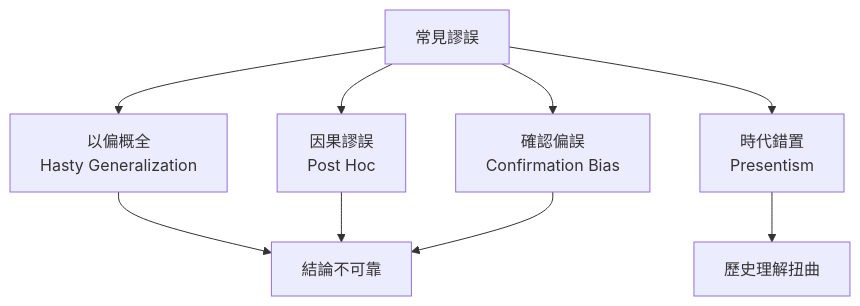
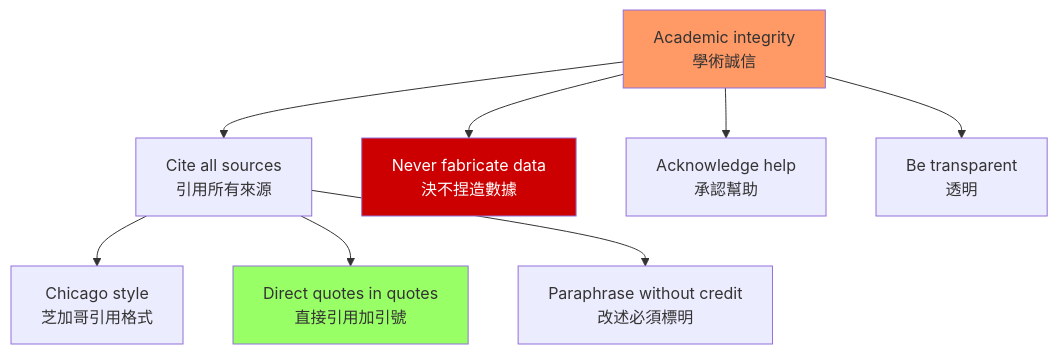
Before and after one commit to yip-lgtm/HKU-Harvard-History-Self-Study: the fifth of 5 diagrams in 01_HKU_Courses/HIST4017_Dissertation_Elective.md, drawn with Mermaid. The commit also changed other lines of this file and 2 other files, not shown here.

````diff
--- a/01_HKU_Courses/HIST4017_Dissertation_Elective.md
+++ b/01_HKU_Courses/HIST4017_Dissertation_Elective.md
@@ -361,11 +255,15 @@
 ```mermaid
 flowchart TD
-    A[常見謬誤] --> B[以偏概全<br/>Hasty Generalization]
-    A --> C[因果謬誤<br/>Post Hoc]
-    A --> D[時代錯置<br/>Presentism]
-    A --> E[確認偏誤<br/>Confirmation Bias]
-    B --> F[結論不可靠]
-    C --> F
-    D --> G[歷史理解扭曲]
-    E --> F
+    A[Academic integrity<br/>學術誠信] --> B[Cite all sources<br/>引用所有來源]
+    A --> C[Never fabricate data<br/>決不捏造數據]
+    A --> D[Acknowledge help<br/>承認幫助]
+    A --> E[Be transparent<br/>透明]
+    
+    B --> F[Chicago style<br/>芝加哥引用格式]
+    B --> G[Direct quotes in quotes<br/>直接引用加引號]
+    B --> H[Paraphrase without credit<br/>改述必須標明]
+    
+    style A fill:#f96
+    style C fill:#c00,color:#fff
+    style G fill:#9f6
 ```
````
